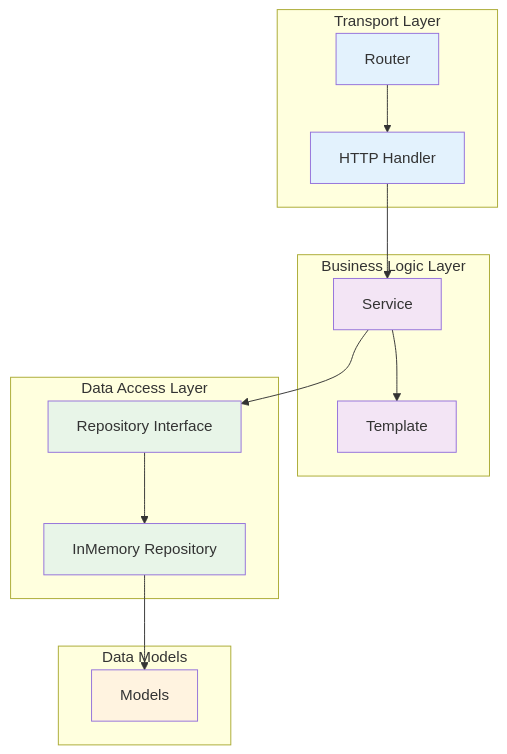
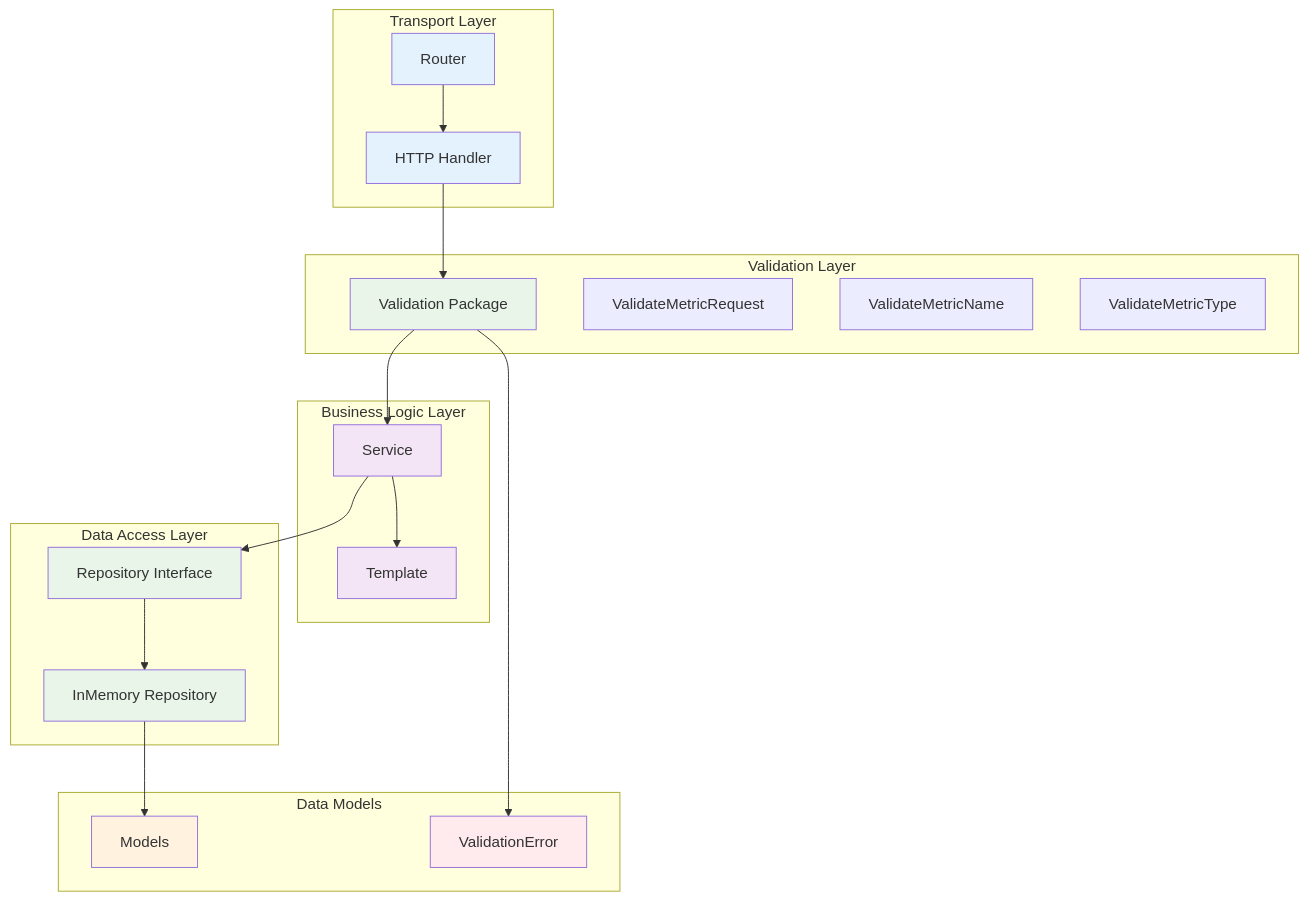
Before and after one commit to IgorKilipenko/metrical: the first of 2 diagrams in README.md, drawn with Mermaid. The commit also changed other lines of this file and 1 other file, not shown here.

Commit message:
docs: enhance README with quick start guide, VS Code tasks, and validation architecture

````diff
--- a/README.md
+++ b/README.md
@@ -48,36 +55,48 @@
 ```mermaid
 graph TB
     subgraph "Transport Layer"
         H[HTTP Handler]
         R[Router]
+    end
+    
+    subgraph "Validation Layer"
+        V[Validation Package]
+        VAL[ValidateMetricRequest]
+        VNAME[ValidateMetricName]
+        VTYPE[ValidateMetricType]
     end
     
     subgraph "Business Logic Layer"
         S[Service]
         T[Template]
     end
     
     subgraph "Data Access Layer"
         REPO[Repository Interface]
         IMR[InMemory Repository]
     end
     
     subgraph "Data Models"
         M[Models]
+        VE[ValidationError]
     end
     
-    H --> S
+    H --> V
     R --> H
+    V --> S
     S --> REPO
     REPO --> IMR
     IMR --> M
     S --> T
+    V --> VE
     
     style H fill:#e3f2fd
     style R fill:#e3f2fd
+    style V fill:#e8f5e8
     style S fill:#f3e5f5
     style T fill:#f3e5f5
     style REPO fill:#e8f5e8
     style IMR fill:#e8f5e8
     style M fill:#fff3e0
+    style VE fill:#ffebee
 ```
````
